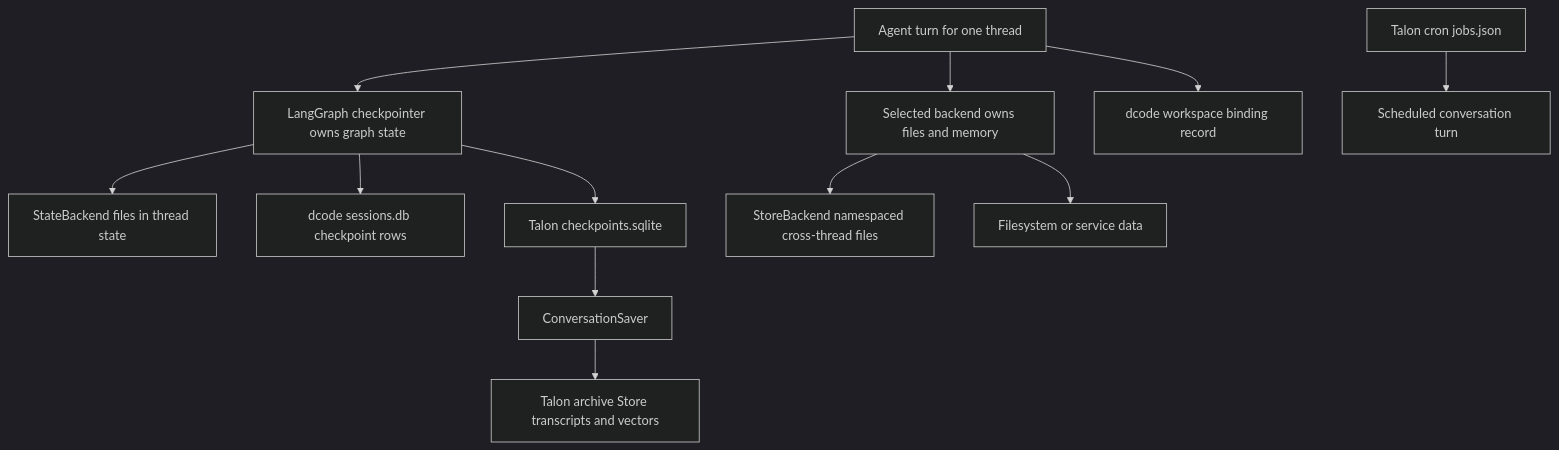
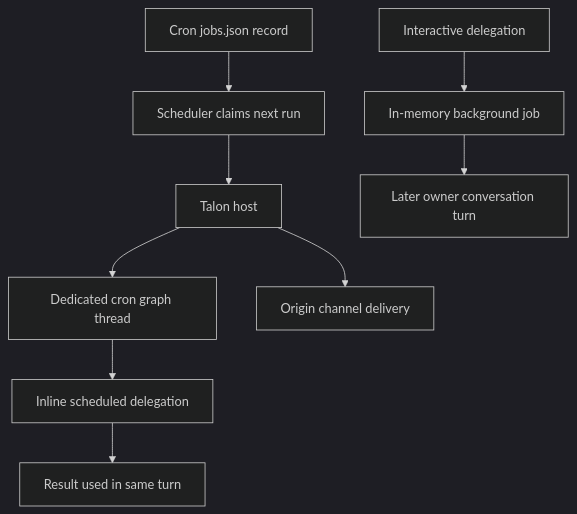
The first of 2 diagrams in openwiki/concepts/state-persistence.md (langchain-ai/deepagents), drawn with Mermaid (dark theme) before and after one commit. The commit also changed other lines of this file and 18 other files, not shown here.

````diff
--- a/openwiki/concepts/state-persistence.md
+++ b/openwiki/concepts/state-persistence.md
@@ -63,14 +73,11 @@
 ```mermaid
 flowchart TD
-    Turn["Agent turn for one thread"] --> Checkpoint["LangGraph checkpointer owns graph state"]
-    Turn --> Backend["Selected backend owns files and memory"]
-    Checkpoint --> StateFiles["StateBackend files in thread state"]
-    Backend --> StoreFiles["StoreBackend namespaced cross-thread files"]
-    Backend --> ExternalFiles["Filesystem or service data"]
-    Checkpoint --> DcodeDB["dcode sessions.db checkpoint rows"]
-    Turn --> Binding["dcode workspace binding record"]
-    Checkpoint --> TalonCP["Talon checkpoints.sqlite"]
-    TalonCP --> Saver["ConversationSaver"]
-    Saver --> Archive["Talon archive Store transcripts and vectors"]
-    Cron["Talon cron jobs.json"] --> Scheduled["Scheduled conversation turn"]
+    Job["Cron jobs.json record"] --> Scheduler["Scheduler claims next run"]
+    Scheduler --> Host["Talon host"]
+    Host --> Thread["Dedicated cron graph thread"]
+    Thread --> Inline["Inline scheduled delegation"]
+    Inline --> Reply["Result used in same turn"]
+    Host --> Delivery["Origin channel delivery"]
+    Chat["Interactive delegation"] --> Memory["In-memory background job"]
+    Memory --> Later["Later owner conversation turn"]
 ```
````
